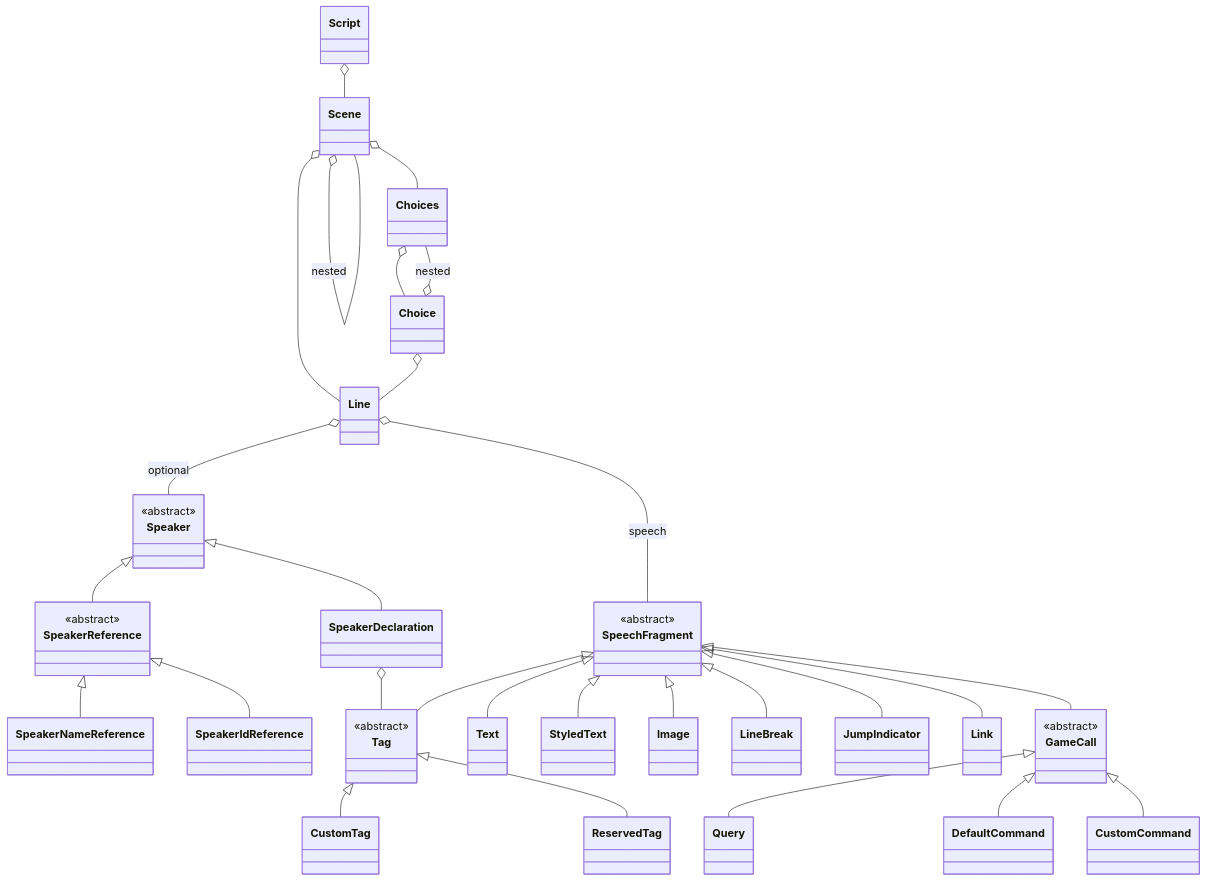
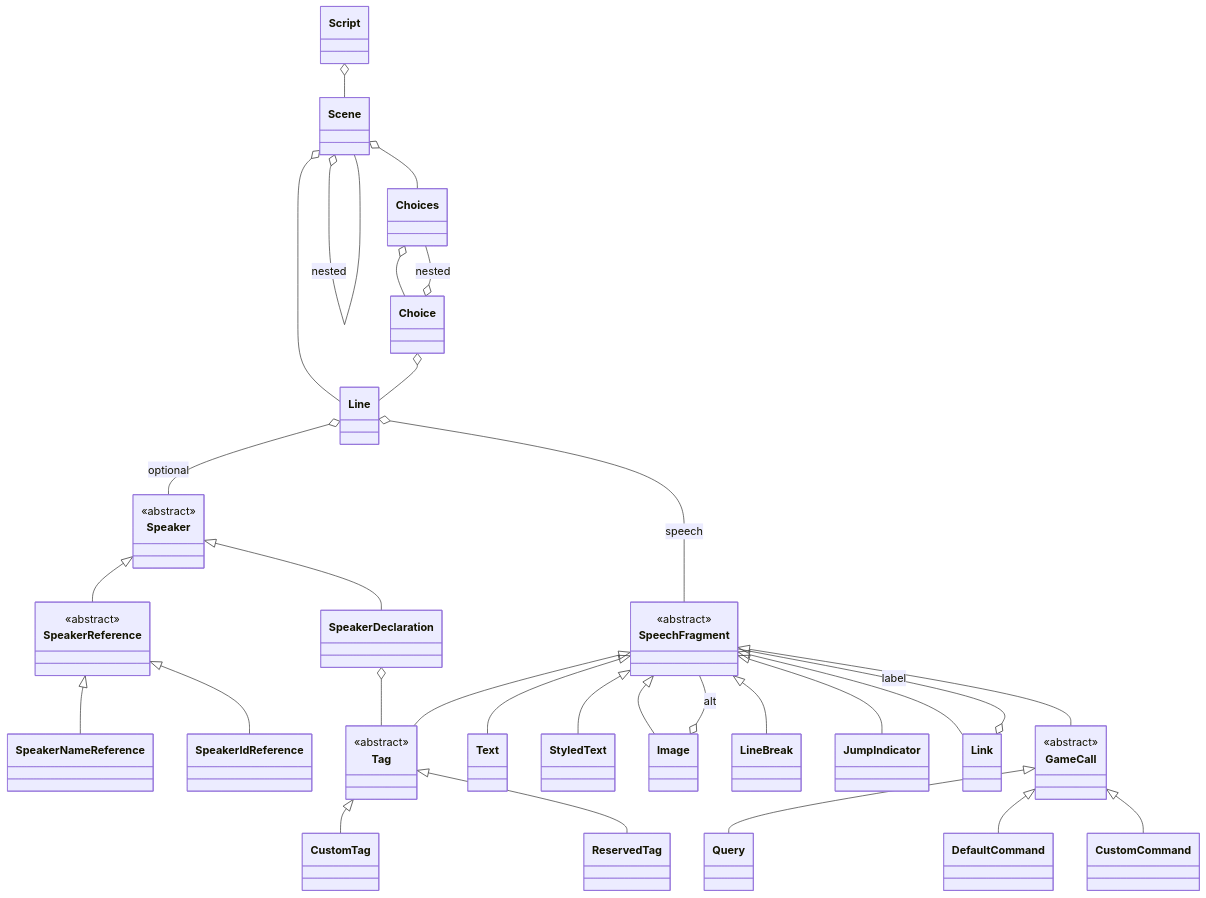
One commit to pengzhengyi/godot-dialoguedown changed the second of 2 diagrams in docs/Implementation Notes/Markdown to Dialogue AST Transpiler.md. Above: the diagram before and after it, drawn with Mermaid. The commit also changed other lines of this file, not shown here.

First line of the commit message:
docs(transpiler): model image alt and link label as fragment sequences

````diff
--- a/docs/Implementation Notes/Markdown to Dialogue AST Transpiler.md
+++ b/docs/Implementation Notes/Markdown to Dialogue AST Transpiler.md
@@ -196,66 +196,68 @@
 ```mermaid
 classDiagram
     class Script
     class Scene
     class Line
     class Speaker {
         <<abstract>>
     }
     class SpeakerDeclaration
     class SpeakerReference {
         <<abstract>>
     }
     class SpeakerNameReference
     class SpeakerIdReference
     class Choices
     class Choice
     class Tag {
         <<abstract>>
     }
     class CustomTag
     class ReservedTag
 
     class SpeechFragment {
         <<abstract>>
     }
     class Text
     class StyledText
     class Image
     class LineBreak
     class JumpIndicator
     class Link
     class GameCall {
         <<abstract>>
     }
     class Query
     class DefaultCommand
     class CustomCommand
 
     Script o-- Scene
     Scene o-- Line
     Scene o-- Choices
     Scene o-- Scene : nested
     Line o-- Speaker : optional
     Line o-- SpeechFragment : speech
+    Image o-- SpeechFragment : alt
+    Link o-- SpeechFragment : label
     Choices o-- Choice
     Choice o-- Line
     Choice o-- Choices : nested
     SpeakerDeclaration o-- Tag
     Speaker <|-- SpeakerDeclaration
     Speaker <|-- SpeakerReference
     SpeakerReference <|-- SpeakerNameReference
     SpeakerReference <|-- SpeakerIdReference
     SpeechFragment <|-- Text
     SpeechFragment <|-- StyledText
     SpeechFragment <|-- Image
     SpeechFragment <|-- LineBreak
     SpeechFragment <|-- JumpIndicator
     SpeechFragment <|-- Link
     SpeechFragment <|-- Tag
     SpeechFragment <|-- GameCall
     GameCall <|-- Query
     GameCall <|-- DefaultCommand
     GameCall <|-- CustomCommand
     Tag <|-- CustomTag
     Tag <|-- ReservedTag
 ```
````
